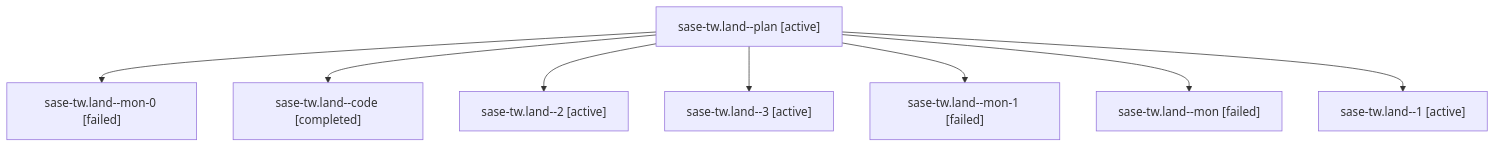
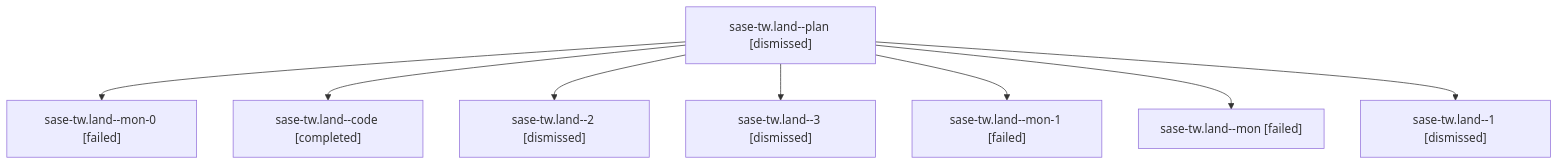
Before and after one commit to sase-org/sase--agents: the diagram in sessions/bbugyi200.athena.sase-tw.land.md, drawn with Mermaid. The commit also changed other lines of this file and 262 other files, not shown here.

````diff
--- a/sessions/bbugyi200.athena.sase-tw.land.md
+++ b/sessions/bbugyi200.athena.sase-tw.land.md
@@ -9,18 +9,18 @@
 ```mermaid
 flowchart TD
-  n0["sase-tw.land--plan [active]"]
+  n0["sase-tw.land--plan [dismissed]"]
   n1["sase-tw.land--mon-0 [failed]"]
   n0 --> n1
   n2["sase-tw.land--code [completed]"]
   n0 --> n2
-  n3["sase-tw.land--2 [active]"]
+  n3["sase-tw.land--2 [dismissed]"]
   n0 --> n3
-  n4["sase-tw.land--3 [active]"]
+  n4["sase-tw.land--3 [dismissed]"]
   n0 --> n4
   n5["sase-tw.land--mon-1 [failed]"]
   n0 --> n5
   n6["sase-tw.land--mon [failed]"]
   n0 --> n6
-  n7["sase-tw.land--1 [active]"]
+  n7["sase-tw.land--1 [dismissed]"]
   n0 --> n7
 ```
````
